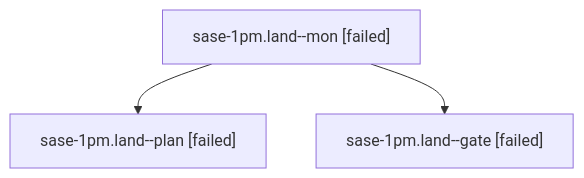
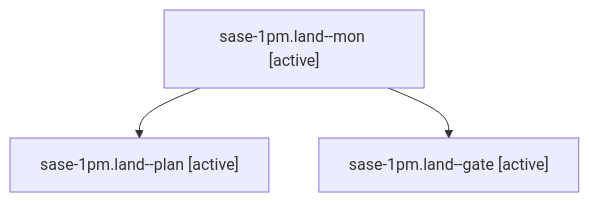
The diagram in sessions/bbugyi200.athena.sase-1pm.land.md (sase-org/sase--agents), drawn with Mermaid before and after one commit. The commit also changed other lines of this file and 115 other files, not shown here.

````diff
--- a/sessions/bbugyi200.athena.sase-1pm.land.md
+++ b/sessions/bbugyi200.athena.sase-1pm.land.md
@@ -9,8 +9,8 @@
 ```mermaid
 flowchart TD
-  n0["sase-1pm.land--mon [failed]"]
-  n1["sase-1pm.land--plan [failed]"]
+  n0["sase-1pm.land--mon [active]"]
+  n1["sase-1pm.land--plan [active]"]
   n0 --> n1
-  n2["sase-1pm.land--gate [failed]"]
+  n2["sase-1pm.land--gate [active]"]
   n0 --> n2
 ```
````
